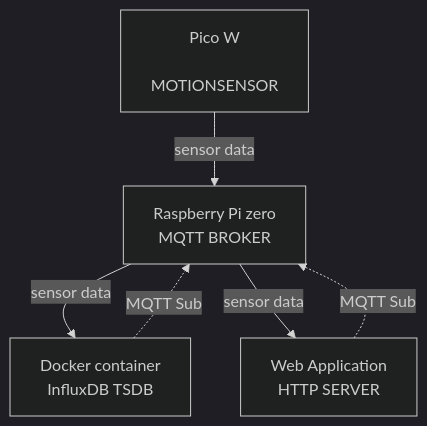
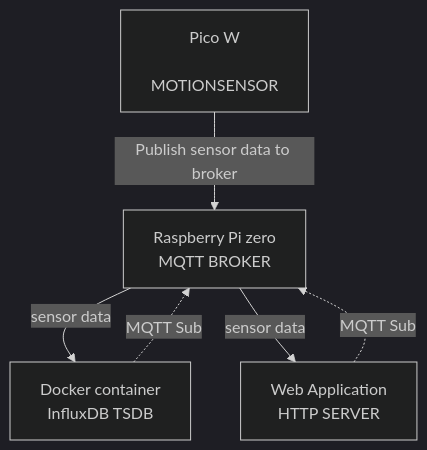
One commit to JENSEN-IoT-Embedded-Project/security-application changed the diagram in README.md. Above: the diagram before and after it, drawn with Mermaid (dark theme).

````diff
--- a/README.md
+++ b/README.md
@@ -3,22 +3,22 @@
 ```mermaid
 flowchart TD
   pico["Pico W 
   
   MOTIONSENSOR"]
   fog["Raspberry Pi zero
   MQTT BROKER"]
   
   influxdb["Docker container
             InfluxDB TSDB"]
   webbapp["Web Application
            HTTP SERVER"]            
             
          
  
- pico --> |"sensor data"| fog
+ pico --> |"Publish sensor data to broker"| fog
  fog -->|"sensor data"| influxdb
  influxdb -.-> |"MQTT Sub"| fog
  
  webbapp -.-> |"MQTT Sub"| fog
  fog --> |"sensor data" | webbapp
 ```
````
